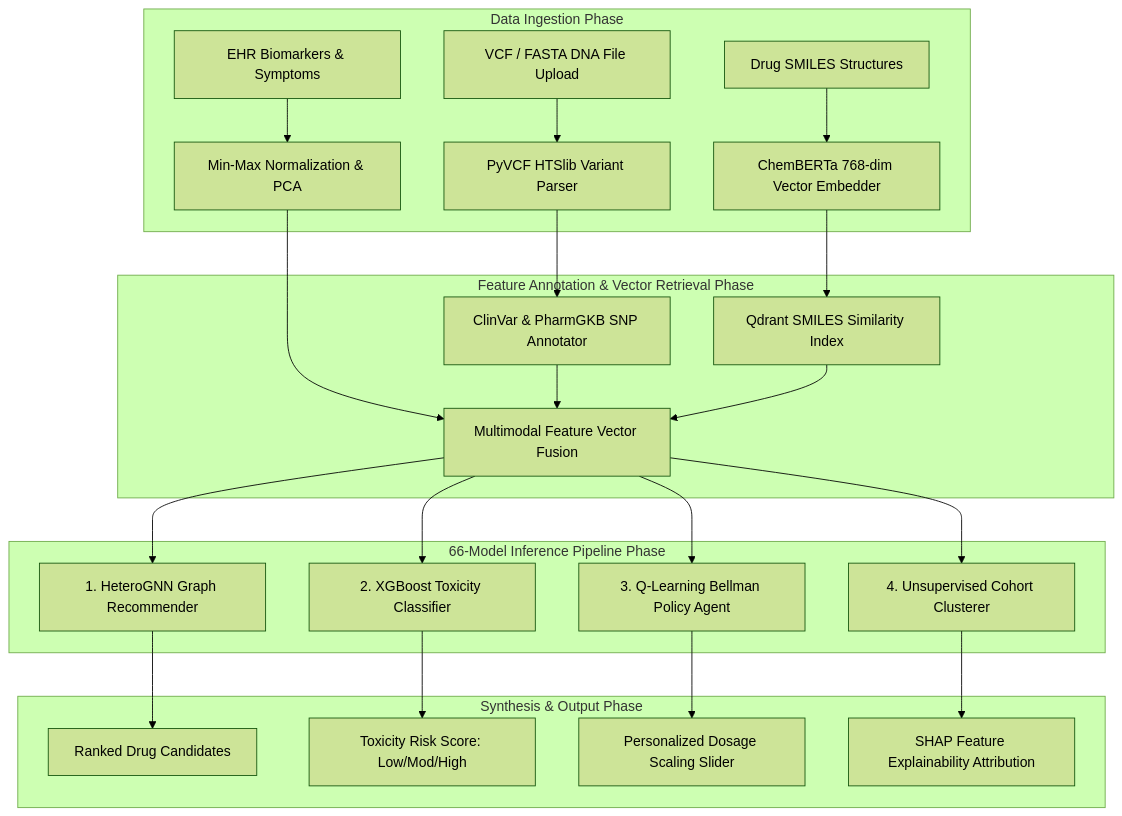
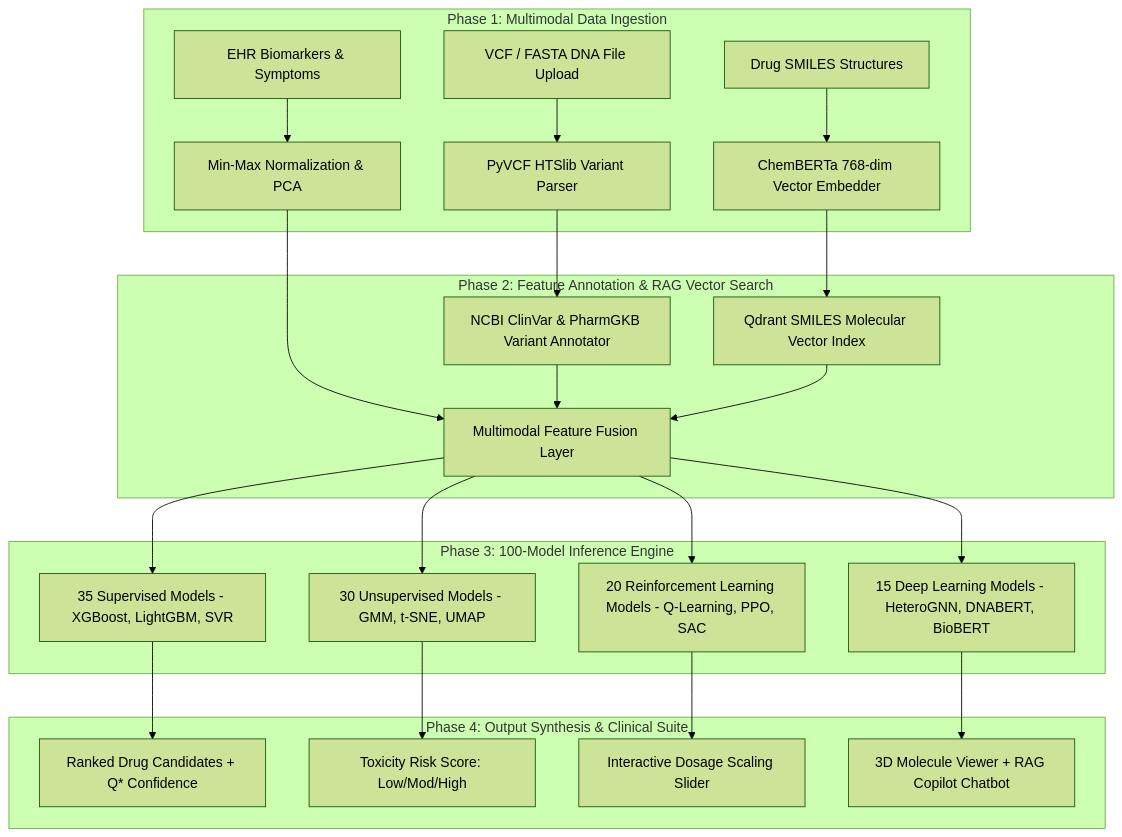
One commit to udbhav968-creator/medicine-recommendation- changed the second of 2 diagrams in README.md. Above: the diagram before and after it, drawn with Mermaid (forest theme). The commit also changed other lines of this file, not shown here.

Commit message:
docs: update README with 100-model architectural suite catalog, Kaggle datasets & external APIs matrix

````diff
--- a/README.md
+++ b/README.md
@@ -43,30 +43,30 @@
 ```mermaid
 flowchart TD
-    subgraph Data Ingestion Phase
+    subgraph Phase 1: Multimodal Data Ingestion
         A1[VCF / FASTA DNA File Upload] --> B1[PyVCF HTSlib Variant Parser]
         A2[EHR Biomarkers & Symptoms] --> B2[Min-Max Normalization & PCA]
         A3[Drug SMILES Structures] --> B3[ChemBERTa 768-dim Vector Embedder]
     end
 
-    subgraph Feature Annotation & Vector Retrieval Phase
-        B1 --> C1[ClinVar & PharmGKB SNP Annotator]
-        B3 --> C2[Qdrant SMILES Similarity Index]
-        B2 --> C3[Multimodal Feature Vector Fusion]
+    subgraph Phase 2: Feature Annotation & RAG Vector Search
+        B1 --> C1[NCBI ClinVar & PharmGKB Variant Annotator]
+        B3 --> C2[Qdrant SMILES Molecular Vector Index]
+        B2 --> C3[Multimodal Feature Fusion Layer]
         C1 --> C3
         C2 --> C3
     end
 
-    subgraph 66-Model Inference Pipeline Phase
-        C3 --> D1[1. HeteroGNN Graph Recommender]
-        C3 --> D2[2. XGBoost Toxicity Classifier]
-        C3 --> D3[3. Q-Learning Bellman Policy Agent]
-        C3 --> D4[4. Unsupervised Cohort Clusterer]
+    subgraph Phase 3: 100-Model Inference Engine
+        C3 --> D1[35 Supervised Models - XGBoost, LightGBM, SVR]
+        C3 --> D2[30 Unsupervised Models - GMM, t-SNE, UMAP]
+        C3 --> D3[20 Reinforcement Learning Models - Q-Learning, PPO, SAC]
+        C3 --> D4[15 Deep Learning Models - HeteroGNN, DNABERT, BioBERT]
     end
 
-    subgraph Synthesis & Output Phase
-        D1 --> E1[Ranked Drug Candidates]
+    subgraph Phase 4: Output Synthesis & Clinical Suite
+        D1 --> E1[Ranked Drug Candidates + Q* Confidence]
         D2 --> E2[Toxicity Risk Score: Low/Mod/High]
-        D3 --> E3[Personalized Dosage Scaling Slider]
-        D4 --> E4[SHAP Feature Explainability Attribution]
+        D3 --> E3[Interactive Dosage Scaling Slider]
+        D4 --> E4[3D Molecule Viewer + RAG Copilot Chatbot]
     end
 ```
````
